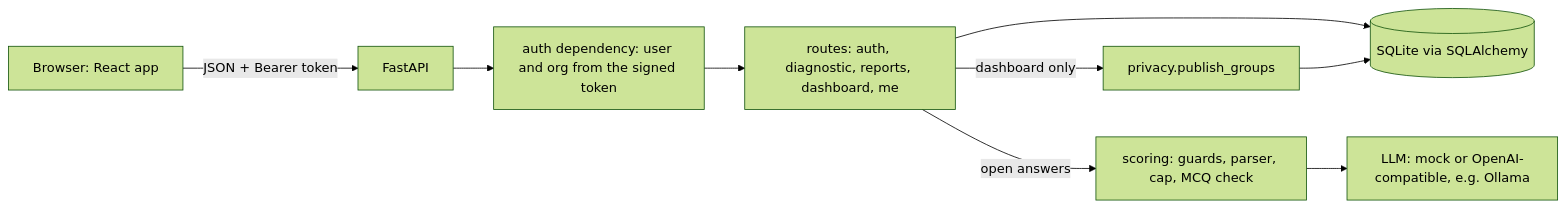
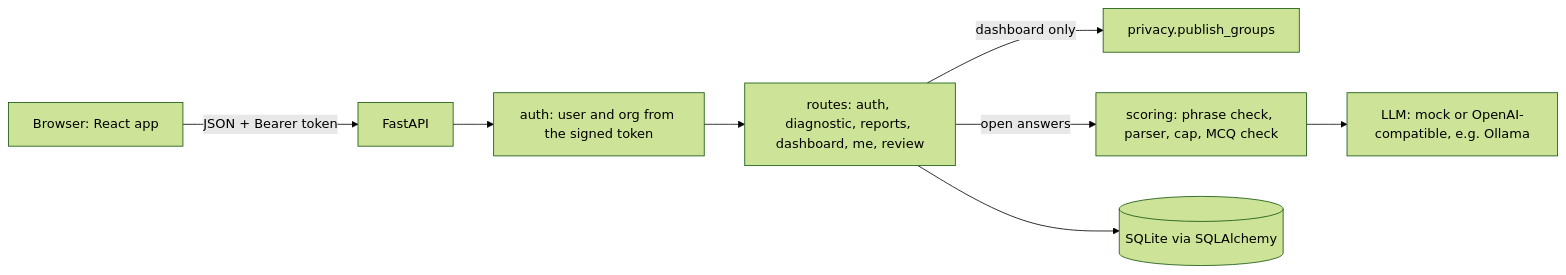
The diagram in README.md (anilgehlotn/ai-pulse), drawn with Mermaid (forest theme) before and after one commit. The commit also changed other lines of this file and 4 other files, not shown here.

````diff
--- a/README.md
+++ b/README.md
@@ -376,11 +450,10 @@
 ```mermaid
 flowchart LR
     B[Browser: React app] -->|JSON + Bearer token| F[FastAPI]
-    F --> A[auth dependency: user and org from the signed token]
-    A --> R[routes: auth, diagnostic, reports, dashboard, me]
+    F --> A[auth: user and org from the signed token]
+    A --> R[routes: auth, diagnostic, reports, dashboard, me, review]
     R -->|dashboard only| P[privacy.publish_groups]
-    R -->|open answers| S[scoring: guards, parser, cap, MCQ check]
+    R -->|open answers| S[scoring: phrase check, parser, cap, MCQ check]
     S --> L[LLM: mock or OpenAI-compatible, e.g. Ollama]
     R --> D[(SQLite via SQLAlchemy)]
-    P --> D
 ```
````
